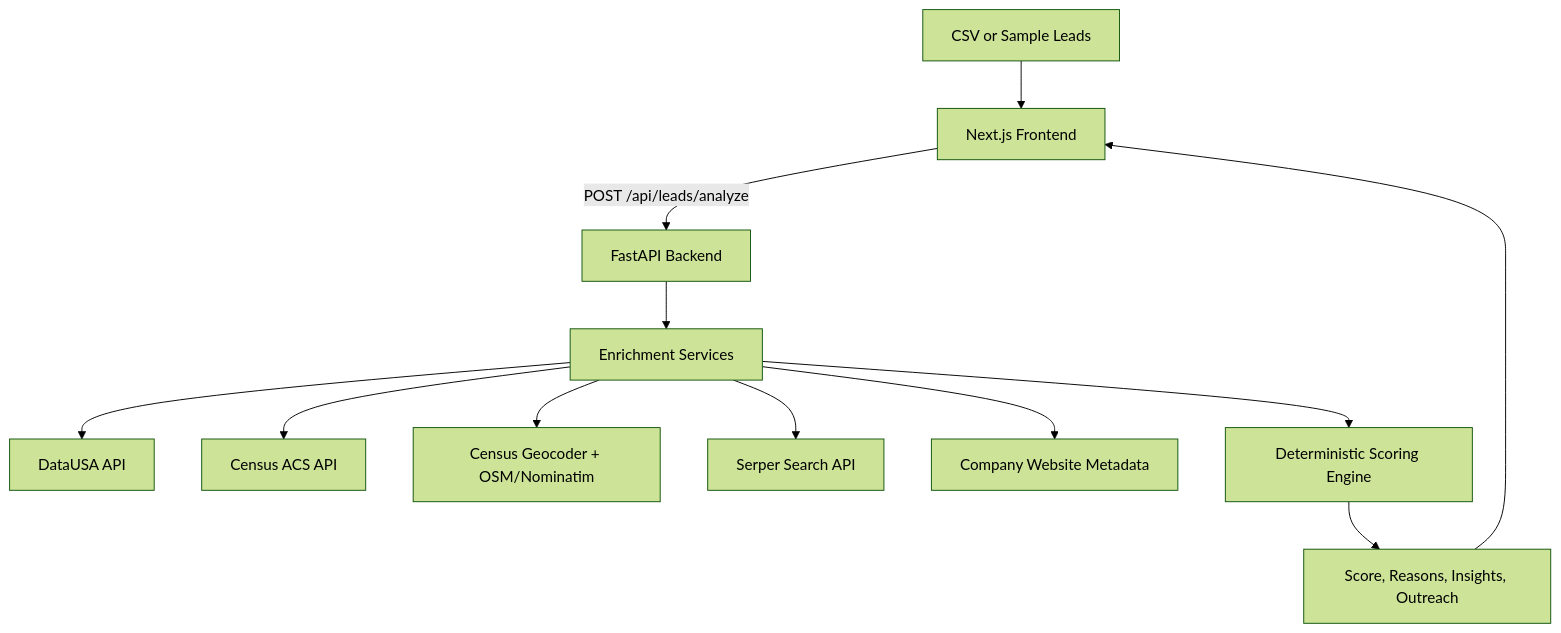
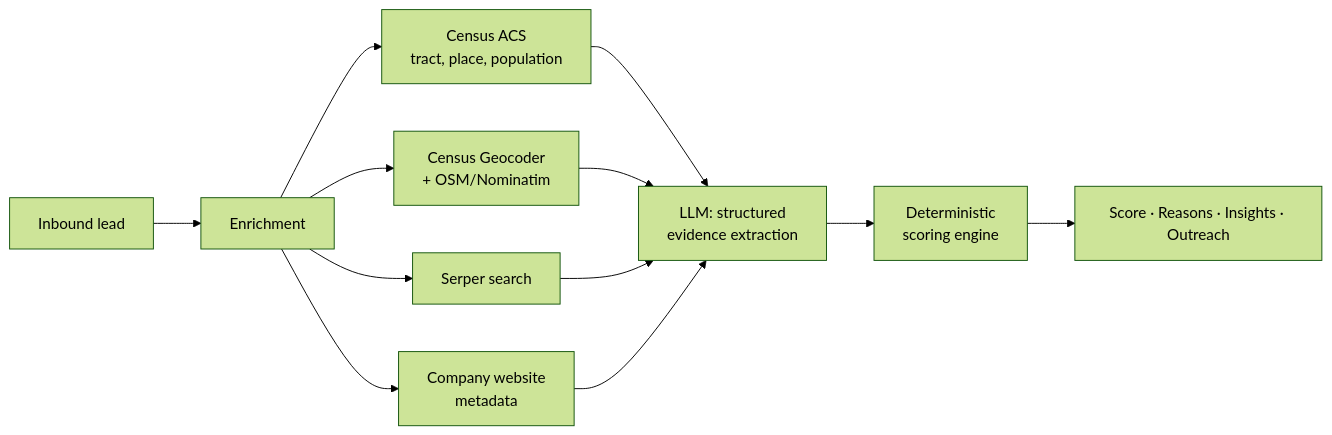
Before and after one commit to yashvisal/inbound-sdr-copilot: the diagram in README.md, drawn with Mermaid (forest theme). The commit also changed other lines of this file and 2 other files, not shown here.

````diff
--- a/README.md
+++ b/README.md
@@ -533,14 +23,11 @@
 ```mermaid
-flowchart TD
-  leadInput["CSV or Sample Leads"] --> frontend["Next.js Frontend"]
-  frontend -->|"POST /api/leads/analyze"| backend["FastAPI Backend"]
-  backend --> enrich["Enrichment Services"]
-  enrich --> datausa["DataUSA API"]
-  enrich --> census["Census ACS API"]
-  enrich --> geocoder["Census Geocoder + OSM/Nominatim"]
-  enrich --> serper["Serper Search API"]
-  enrich --> website["Company Website Metadata"]
-  enrich --> scoring["Deterministic Scoring Engine"]
-  scoring --> outputs["Score, Reasons, Insights, Outreach"]
-  outputs --> frontend
+flowchart LR
+  lead["Inbound lead"] --> enrich["Enrichment"]
+  enrich --> census["Census ACS<br/>tract, place, population"]
+  enrich --> geo["Census Geocoder<br/>+ OSM/Nominatim"]
+  enrich --> serper["Serper search"]
+  enrich --> site["Company website<br/>metadata"]
+  census & geo & serper & site --> llm["LLM: structured<br/>evidence extraction"]
+  llm --> score["Deterministic<br/>scoring engine"]
+  score --> out["Score · Reasons · Insights · Outreach"]
 ```
````
